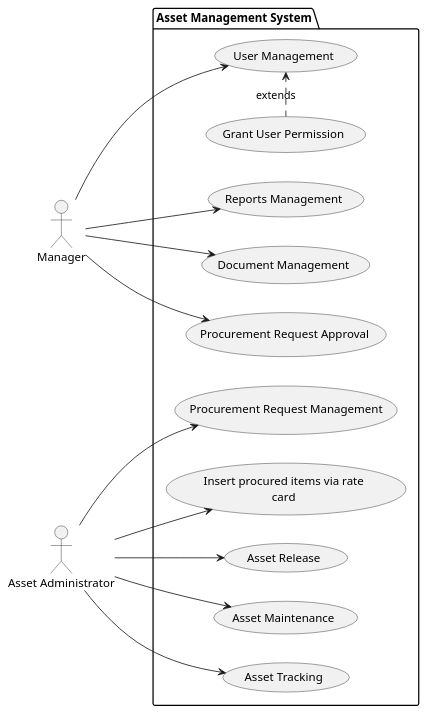
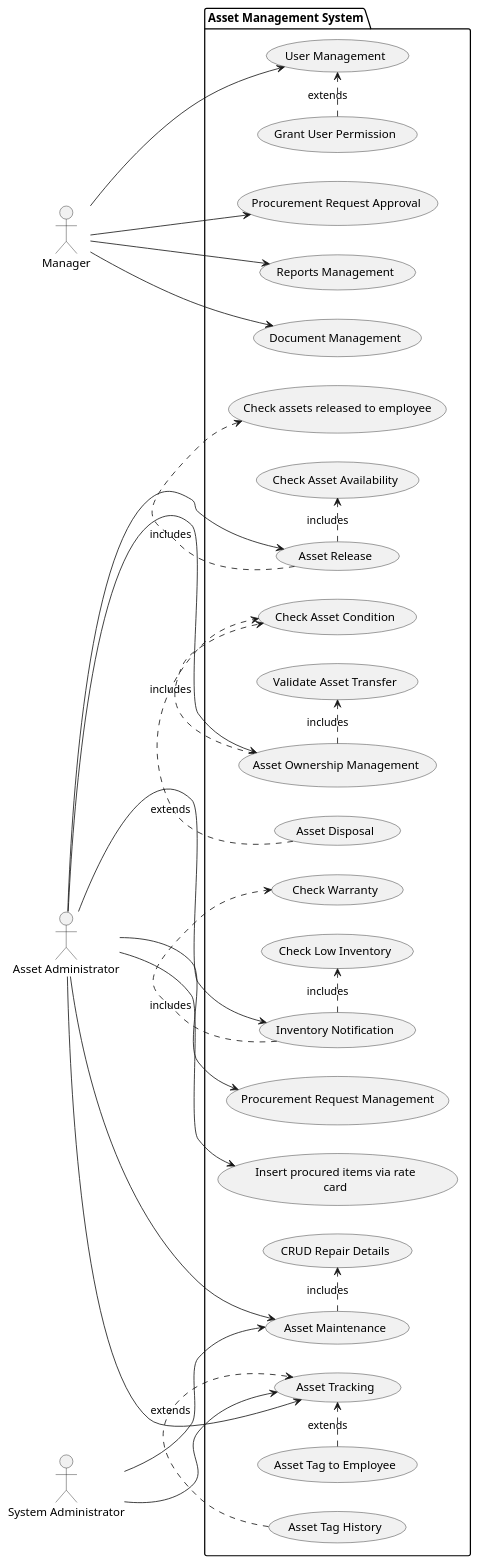
One commit to bhayana91/ooad-bits-problem changed the diagram in ooad-problem.puml. Above: the diagram before and after it, drawn with PlantUML. The commit also changed 1 other file, not shown here.

Commit message:
Final USe Case Diagram

```diff
--- a/ooad-problem.puml
+++ b/ooad-problem.puml
@@ -1,35 +1,60 @@
 @startuml
 
 left to right direction
 actor Manager
 actor AssetAdministrator as "Asset Administrator"
+actor SystemAdministrator as "System Administrator"
 
  package AMS as "Asset Management System" {
      usecase UserManagement as "User Management"
      usecase ReportsManagement as "Reports Management"
      usecase DocumentManagement as "Document Management"
      usecase ProcurementRequestApproval as "Procurement Request Approval"
      usecase ProcurementRequestManagement as "Procurement Request Management"
      usecase Insertprocureditemsviaratecard as "Insert procured items via rate
 card"
      usecase AssetRelease as "Asset Release"
      usecase AssetMaintenance as "Asset Maintenance"
      usecase AssetTracking as "Asset Tracking"
      usecase GrantUserPermission as "Grant User Permission"
+     usecase AssetOwnershipManagement as "Asset Ownership Management"
+     usecase InventoryNotification as "Inventory Notification"
+     usecase CheckAssetAvailability as "Check Asset Availability"
+     usecase CheckAssetsReleasedToEmployee as "Check assets released to employee"
+     usecase AssetTagHistory as "Asset Tag History"
+     usecase AssetTagEmployee as "Asset Tag to Employee"
+     usecase ValidAssetTransfer as "Validate Asset Transfer"
+     usecase CheckAssetCondition as "Check Asset Condition"
+     usecase AssetDisposal as "Asset Disposal"
+     usecase CheckLowInventory as "Check Low Inventory"
+     usecase CheckWarranty as "Check Warranty"
+     usecase RepairDetails as "CRUD Repair Details"
  }
 
- Manager --> UserManagement
- GrantUserPermission .> UserManagement :extends
- Manager --> ReportsManagement
- Manager --> DocumentManagement
- Manager --> ProcurementRequestApproval
- AssetAdministrator --> ProcurementRequestManagement
- AssetAdministrator --> Insertprocureditemsviaratecard
- AssetAdministrator --> AssetRelease
- AssetAdministrator --> AssetMaintenance
- AssetAdministrator --> AssetTracking
- 
-
+Manager --> UserManagement
+GrantUserPermission .> UserManagement :extends
+Manager --> ReportsManagement
+Manager --> DocumentManagement
+Manager --> ProcurementRequestApproval
+AssetAdministrator --> ProcurementRequestManagement
+AssetAdministrator --> Insertprocureditemsviaratecard
+AssetAdministrator --> AssetRelease
+AssetRelease .> CheckAssetAvailability :includes
+AssetRelease .> CheckAssetsReleasedToEmployee :includes
+AssetAdministrator --> AssetMaintenance
+AssetAdministrator --> AssetTracking
+AssetTagHistory .> AssetTracking :extends
+AssetTagEmployee .> AssetTracking :extends
+AssetAdministrator --> AssetOwnershipManagement
+AssetOwnershipManagement .> ValidAssetTransfer :includes
+AssetOwnershipManagement .> CheckAssetCondition :includes
+AssetDisposal .> CheckAssetCondition :extends
+AssetAdministrator --> InventoryNotification
+InventoryNotification .> CheckLowInventory :includes
+InventoryNotification .> CheckWarranty :includes
+AssetMaintenance .> RepairDetails :includes
+SystemAdministrator -d-> AssetMaintenance
+SystemAdministrator -d-> AssetTracking
 
 
 @enduml
```
